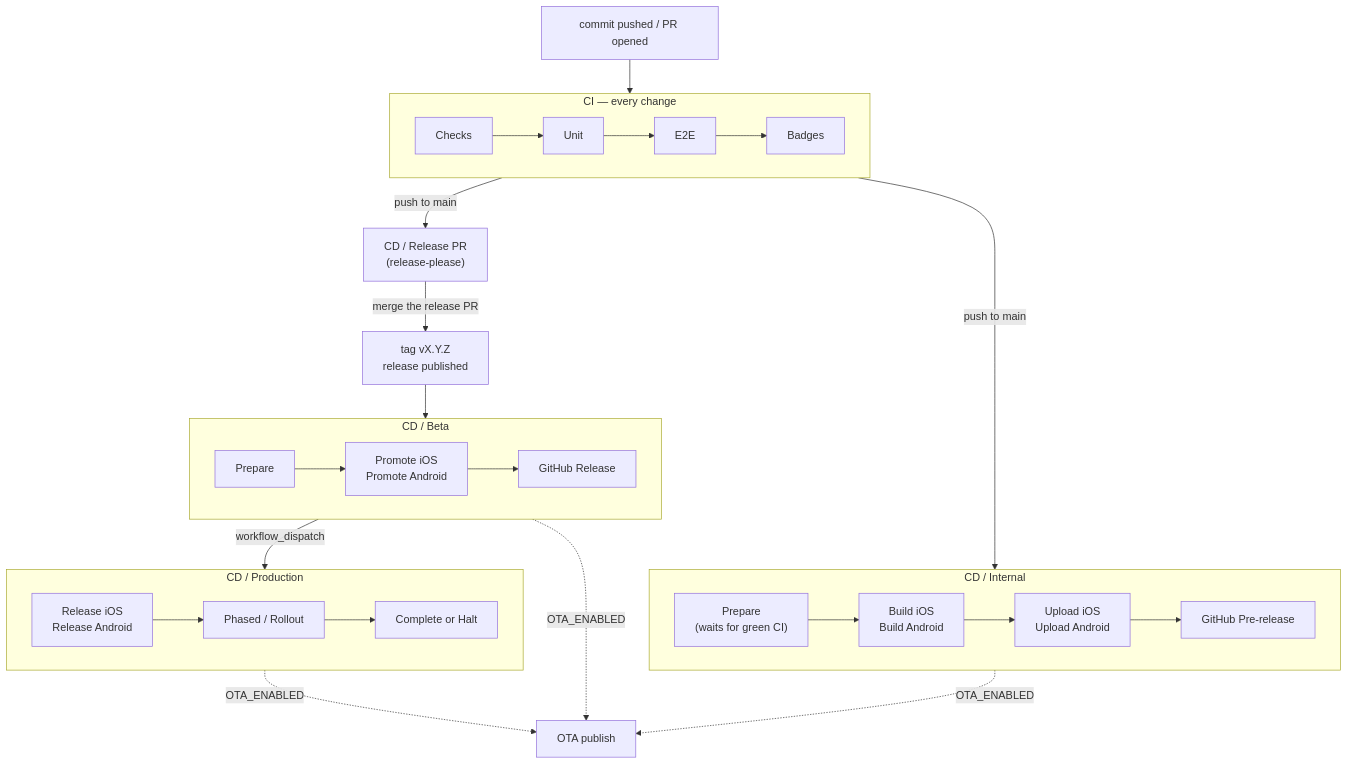
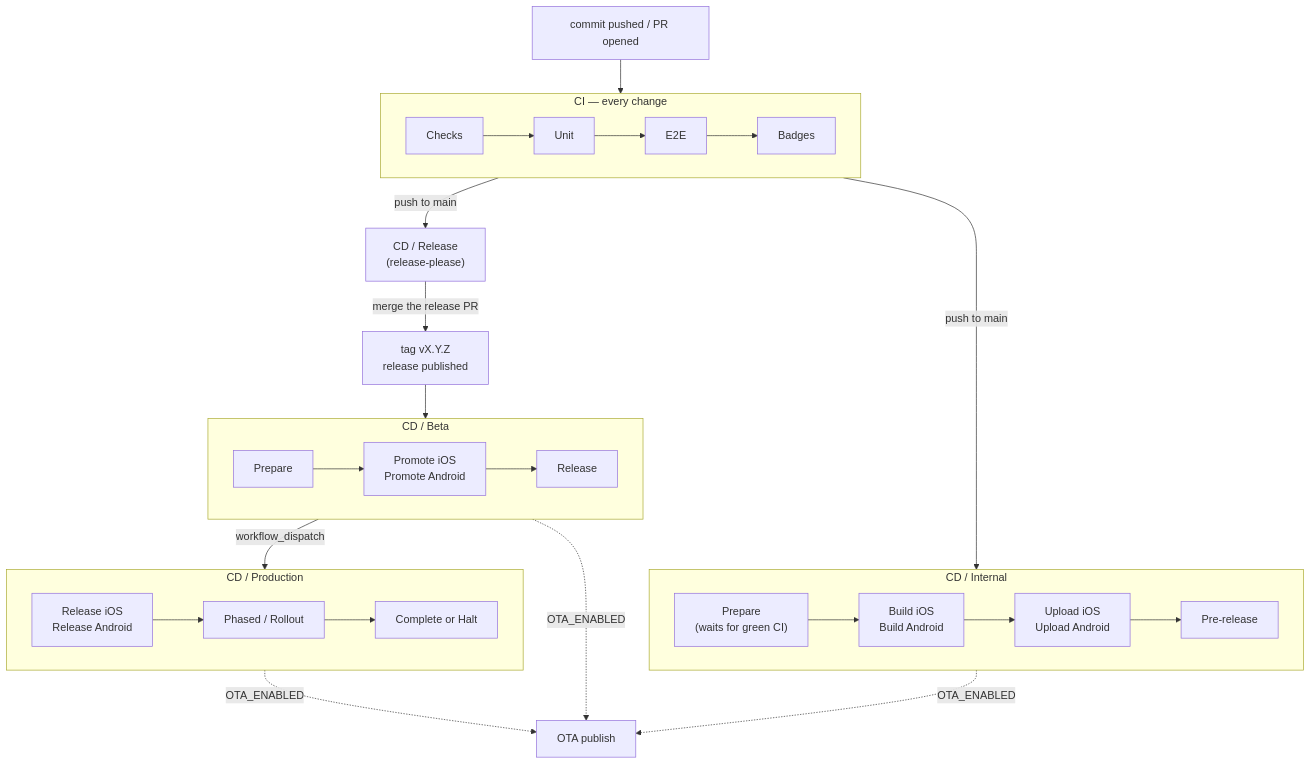
One commit to blinkbitcoin/react-native-mobile-template changed the diagram in docs/ci.md. Above: the diagram before and after it, drawn with Mermaid. The commit also changed 7 other files, not shown here.

````diff
--- a/docs/ci.md
+++ b/docs/ci.md
@@ -23,38 +23,38 @@
 ```mermaid
 flowchart TD
   commit["commit pushed / PR opened"] --> CI
 
   subgraph CI["CI — every change"]
     direction LR
     checks["Checks"] --> unit["Unit"] --> e2e["E2E"] --> badges["Badges"]
   end
 
-  CI -->|"push to main"| rp["CD / Release PR<br/>(release-please)"]
+  CI -->|"push to main"| rp["CD / Release<br/>(release-please)"]
   CI -->|"push to main"| internal
 
   subgraph internal["CD / Internal"]
     direction LR
     prep["Prepare<br/>(waits for green CI)"] --> builds["Build iOS<br/>Build Android"]
     builds --> up["Upload iOS<br/>Upload Android"]
-    up --> pre["GitHub Pre-release"]
+    up --> pre["Pre-release"]
   end
 
   rp -->|"merge the release PR"| tag["tag vX.Y.Z<br/>release published"]
   tag --> beta
 
   subgraph beta["CD / Beta"]
     direction LR
-    bprep["Prepare"] --> promote["Promote iOS<br/>Promote Android"] --> brel["GitHub Release"]
+    bprep["Prepare"] --> promote["Promote iOS<br/>Promote Android"] --> brel["Release"]
   end
 
   beta -->|"workflow_dispatch"| prod
 
   subgraph prod["CD / Production"]
     direction LR
     rel["Release iOS<br/>Release Android"] --> roll["Phased / Rollout"] --> done["Complete or Halt"]
   end
 
   pre -.->|"OTA_ENABLED"| ota["OTA publish"]
   brel -.->|"OTA_ENABLED"| ota
   prod -.->|"OTA_ENABLED"| ota
 ```
````
